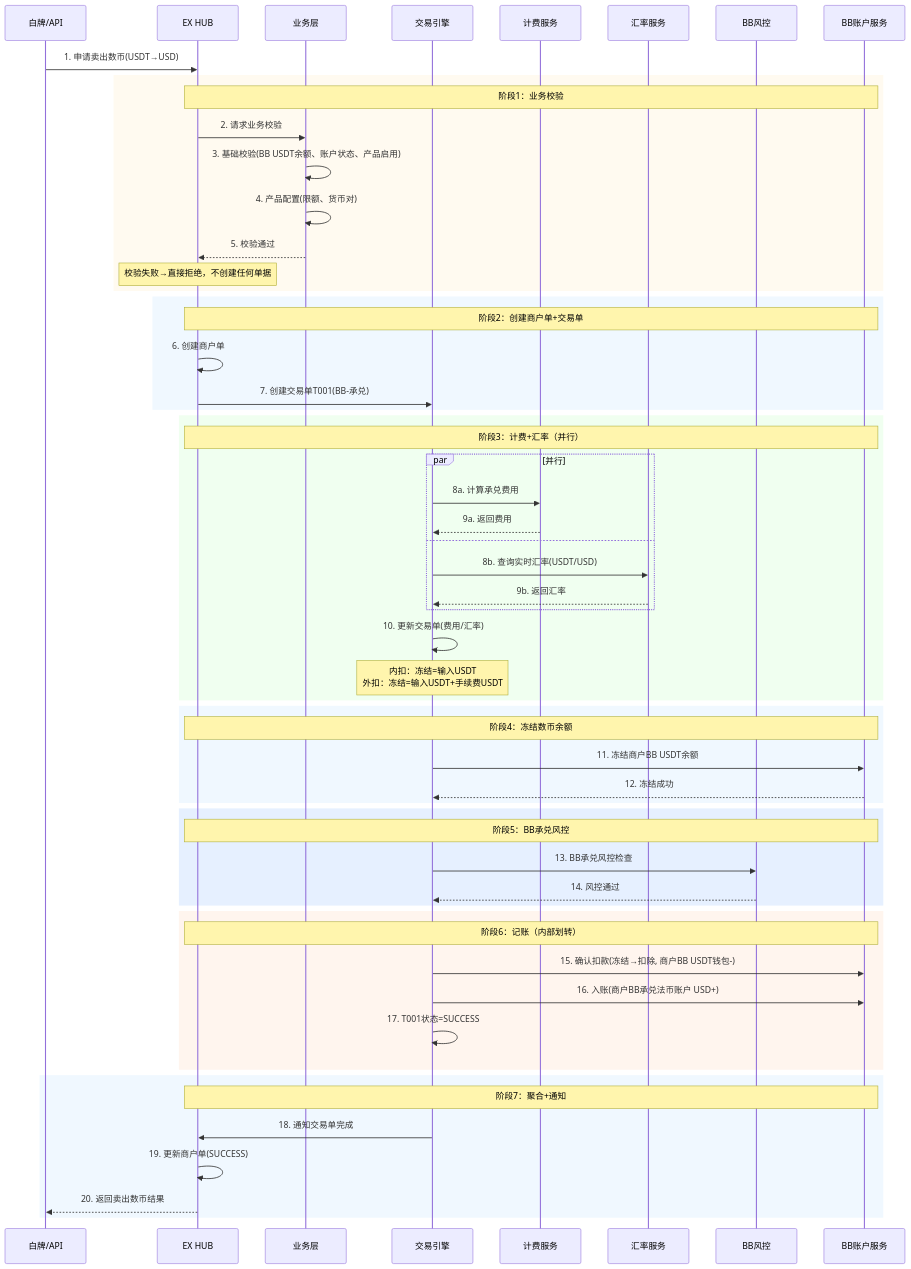
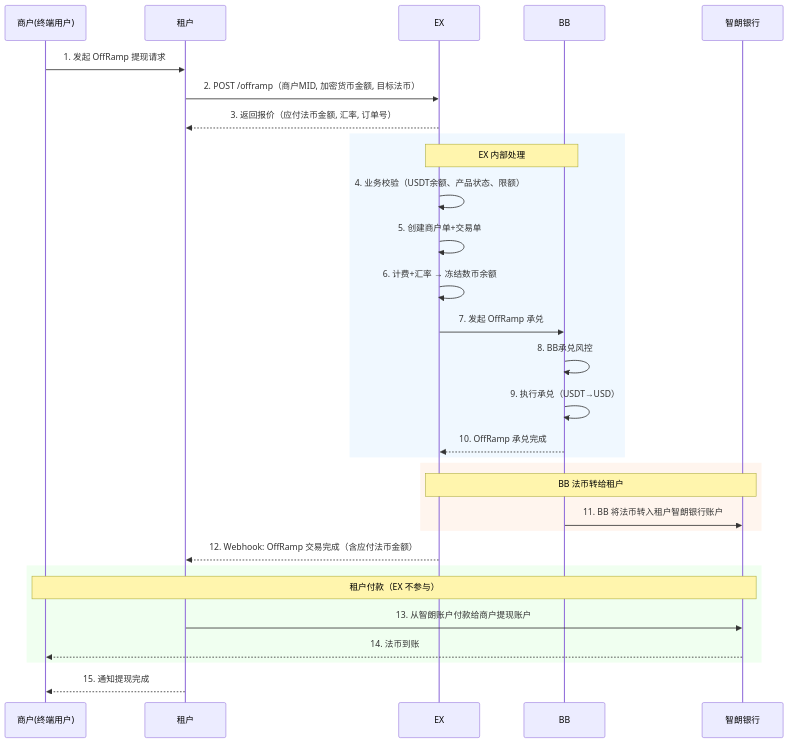
The first of 11 diagrams in onofframp/prd/offramp-v1 copy.md (xiaoxiaoangie/EX-NEW), drawn with Mermaid before and after one commit. The commit also changed other lines of this file and 36 other files, not shown here.

````diff
--- a/onofframp/prd/offramp-v1 copy.md
+++ b/onofframp/prd/offramp-v1 copy.md
@@ -192,67 +246,39 @@
 ```mermaid
 sequenceDiagram
-    participant WP as 白牌/API
-    participant HUB as EX HUB
-    participant BL as 业务层
-    participant TE as 交易引擎
-    participant Pricing as 计费服务
-    participant FX as 汇率服务
-    participant Risk as BB风控
-    participant Account as BB账户服务
+    participant Customer as 商户(终端用户)
+    participant Tenant as 租户
+    participant EX as EX
+    participant BB as BB
+    participant ZL as 智朗银行
 
-    WP->>HUB: 1. 申请卖出数币(USDT→USD)
+    Customer->>Tenant: 1. 发起 OffRamp 提现请求
 
-    rect rgb(255, 250, 240)
-        Note over HUB,Account: 阶段1：业务校验
-        HUB->>BL: 2. 请求业务校验
-        BL->>BL: 3. 基础校验(BB USDT余额、账户状态、产品启用)
-        BL->>BL: 4. 产品配置(限额、货币对)
-        BL-->>HUB: 5. 校验通过
-        Note over HUB: 校验失败→直接拒绝，不创建任何单据
-    end
+    Tenant->>EX: 2. POST /offramp（商户MID, 加密货币金额, 目标法币）
+    EX-->>Tenant: 3. 返回报价（应付法币金额, 汇率, 订单号）
 
     rect rgb(240, 248, 255)
-        Note over HUB,Account: 阶段2：创建商户单+交易单
-        HUB->>HUB: 6. 创建商户单
-        HUB->>TE: 7. 创建交易单T001(BB-承兑)
-    end
-
-    rect rgb(240, 255, 240)
-        Note over HUB,Account: 阶段3：计费+汇率（并行）
-        par 并行
-            TE->>Pricing: 8a. 计算承兑费用
-            Pricing-->>TE: 9a. 返回费用
-        and
-            TE->>FX: 8b. 查询实时汇率(USDT/USD)
-            FX-->>TE: 9b. 返回汇率
-        end
-        TE->>TE: 10. 更新交易单(费用/汇率)
-        Note over TE: 内扣：冻结=输入USDT<br/>外扣：冻结=输入USDT+手续费USDT
-    end
-
-    rect rgb(240, 248, 255)
-        Note over HUB,Account: 阶段4：冻结数币余额
-        TE->>Account: 11. 冻结商户BB USDT余额
-        Account-->>TE: 12. 冻结成功
-    end
-
-    rect rgb(230, 240, 255)
-        Note over HUB,Account: 阶段5：BB承兑风控
-        TE->>Risk: 13. BB承兑风控检查
-        Risk-->>TE: 14. 风控通过
+        Note over EX,BB: EX 内部处理
+        EX->>EX: 4. 业务校验（USDT余额、产品状态、限额）
+        EX->>EX: 5. 创建商户单+交易单
+        EX->>EX: 6. 计费+汇率 → 冻结数币余额
+        EX->>BB: 7. 发起 OffRamp 承兑
+        BB->>BB: 8. BB承兑风控
+        BB->>BB: 9. 执行承兑（USDT→USD）
+        BB-->>EX: 10. OffRamp 承兑完成
     end
 
     rect rgb(255, 245, 238)
-        Note over HUB,Account: 阶段6：记账（内部划转）
-        TE->>Account: 15. 确认扣款(冻结→扣除, 商户BB USDT钱包-)
-        TE->>Account: 16. 入账(商户BB承兑法币账户 USD+)
-        TE->>TE: 17. T001状态=SUCCESS
+        Note over EX,ZL: BB 法币转给租户
+        BB->>ZL: 11. BB 将法币转入租户智朗银行账户
     end
 
-    rect rgb(240, 248, 255)
-        Note over HUB,Account: 阶段7：聚合+通知
-        TE->>HUB: 18. 通知交易单完成
-        HUB->>HUB: 19. 更新商户单(SUCCESS)
-        HUB-->>WP: 20. 返回卖出数币结果
+    EX-->>Tenant: 12. Webhook: OffRamp 交易完成（含应付法币金额）
+
+    rect rgb(240, 255, 240)
+        Note over Customer,ZL: 租户付款（EX 不参与）
+        Tenant->>ZL: 13. 从智朗账户付款给商户提现账户
+        ZL-->>Customer: 14. 法币到账
     end
+
+    Tenant-->>Customer: 15. 通知提现完成
 ```
````
